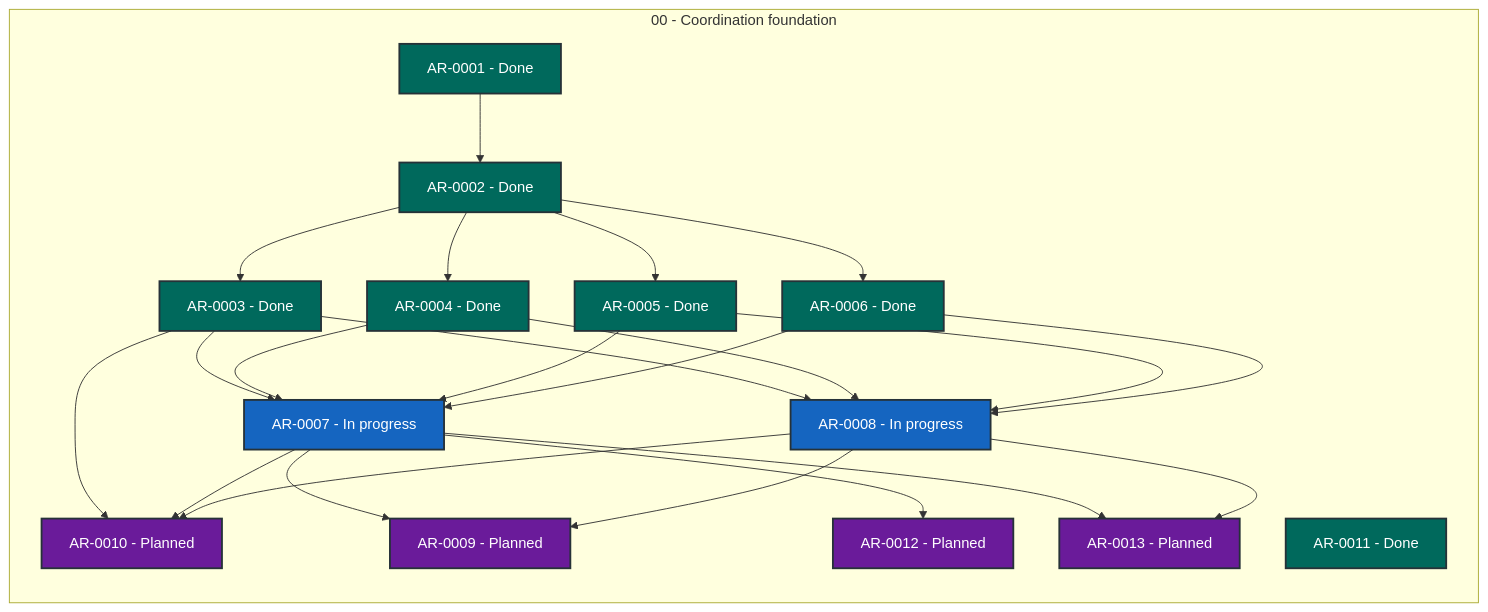
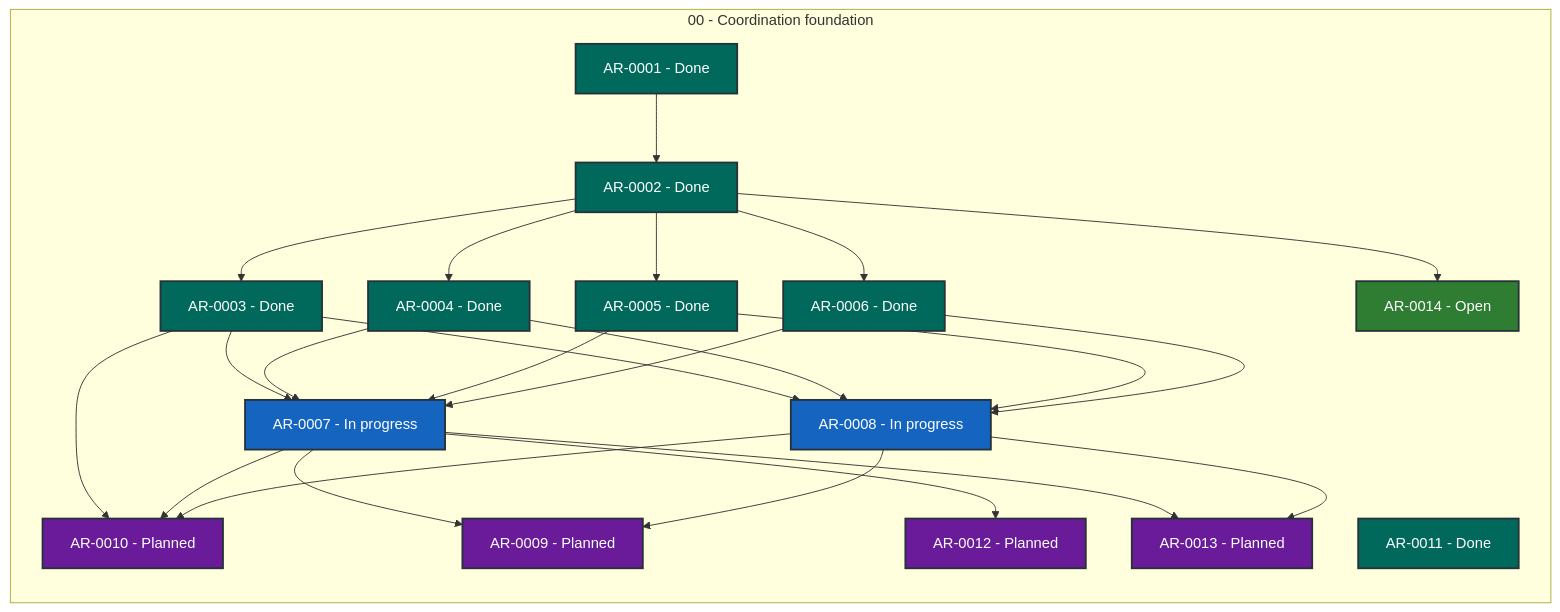
One commit to martin-beck/agent-workflow-coordinator-state changed the diagram in STATUS.md. Above: the diagram before and after it, drawn with Mermaid. The commit also changed other lines of this file and 2 other files, not shown here.

````diff
--- a/STATUS.md
+++ b/STATUS.md
@@ -27,48 +27,50 @@
 ```mermaid
 flowchart LR
     subgraph series_00["00 - Coordination foundation"]
         direction TB
         AR_0001["AR-0001 - Done"]:::status_done
         AR_0002["AR-0002 - Done"]:::status_done
         AR_0003["AR-0003 - Done"]:::status_done
         AR_0004["AR-0004 - Done"]:::status_done
         AR_0005["AR-0005 - Done"]:::status_done
         AR_0006["AR-0006 - Done"]:::status_done
         AR_0007["AR-0007 - In progress"]:::status_in_progress
         AR_0008["AR-0008 - In progress"]:::status_in_progress
         AR_0009["AR-0009 - Planned"]:::status_planned
         AR_0010["AR-0010 - Planned"]:::status_planned
         AR_0011["AR-0011 - Done"]:::status_done
         AR_0012["AR-0012 - Planned"]:::status_planned
         AR_0013["AR-0013 - Planned"]:::status_planned
+        AR_0014["AR-0014 - Open"]:::status_open
     end
     AR_0001 --> AR_0002
     AR_0002 --> AR_0003
     AR_0002 --> AR_0004
     AR_0002 --> AR_0005
     AR_0002 --> AR_0006
+    AR_0002 --> AR_0014
     AR_0003 --> AR_0007
     AR_0003 --> AR_0008
     AR_0003 --> AR_0010
     AR_0004 --> AR_0007
     AR_0004 --> AR_0008
     AR_0005 --> AR_0007
     AR_0005 --> AR_0008
     AR_0006 --> AR_0007
     AR_0006 --> AR_0008
     AR_0007 --> AR_0009
     AR_0007 --> AR_0010
     AR_0007 --> AR_0012
     AR_0007 --> AR_0013
     AR_0008 --> AR_0009
     AR_0008 --> AR_0010
     AR_0008 --> AR_0013
     classDef status_in_progress fill:#1565c0,color:#ffffff,stroke:#263238,stroke-width:2px
     classDef status_open fill:#2e7d32,color:#ffffff,stroke:#263238,stroke-width:2px
     classDef status_blocked fill:#c62828,color:#ffffff,stroke:#263238,stroke-width:2px
     classDef status_planned fill:#6a1b9a,color:#ffffff,stroke:#263238,stroke-width:2px
     classDef status_future fill:#455a64,color:#ffffff,stroke:#263238,stroke-width:2px
     classDef status_done fill:#00695c,color:#ffffff,stroke:#263238,stroke-width:2px
     classDef status_cancelled fill:#616161,color:#ffffff,stroke:#263238,stroke-width:2px
     classDef status_superseded fill:#5d4037,color:#ffffff,stroke:#263238,stroke-width:2px
 ```
````
